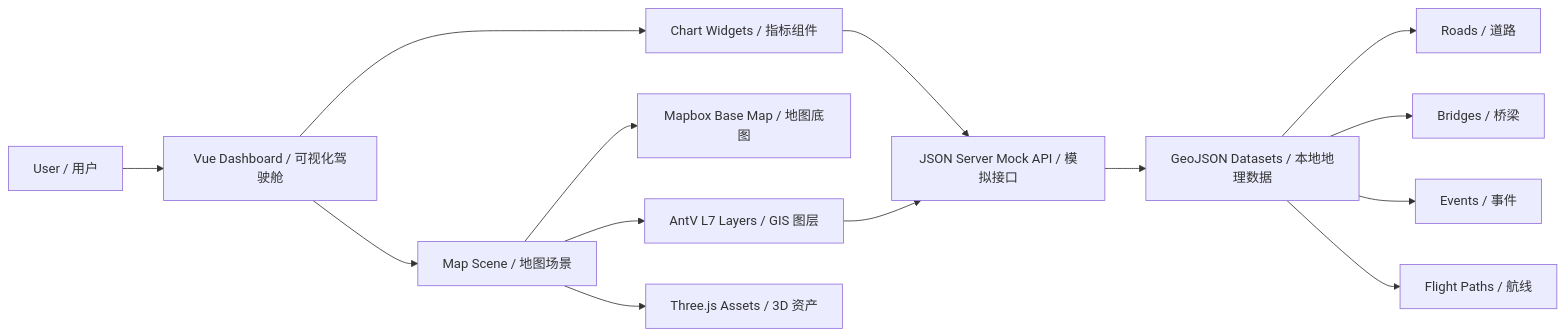
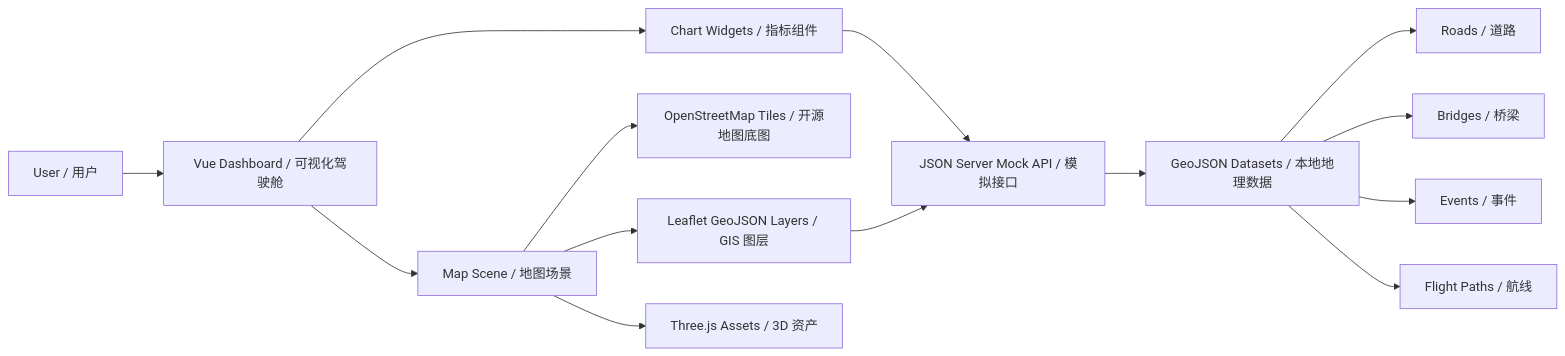
The diagram in README.md (roclee2692/NCWU-SmartCity-WuHan), drawn with Mermaid before and after one commit. The commit also changed other lines of this file and 5 other files, not shown here.

Commit message:
Replace map fallback with OpenStreetMap

````diff
--- a/README.md
+++ b/README.md
@@ -37,16 +39,16 @@
 ```mermaid
 flowchart LR
   User[User / 用户] --> UI[Vue Dashboard / 可视化驾驶舱]
   UI --> Widgets[Chart Widgets / 指标组件]
   UI --> Map[Map Scene / 地图场景]
-  Map --> Base[Mapbox Base Map / 地图底图]
-  Map --> L7[AntV L7 Layers / GIS 图层]
+  Map --> Base[OpenStreetMap Tiles / 开源地图底图]
+  Map --> Leaflet[Leaflet GeoJSON Layers / GIS 图层]
   Map --> Three[Three.js Assets / 3D 资产]
   Widgets --> API[JSON Server Mock API / 模拟接口]
-  L7 --> API
+  Leaflet --> API
   API --> Data[GeoJSON Datasets / 本地地理数据]
   Data --> Roads[Roads / 道路]
   Data --> Bridges[Bridges / 桥梁]
   Data --> Events[Events / 事件]
   Data --> Flights[Flight Paths / 航线]
 ```
````
